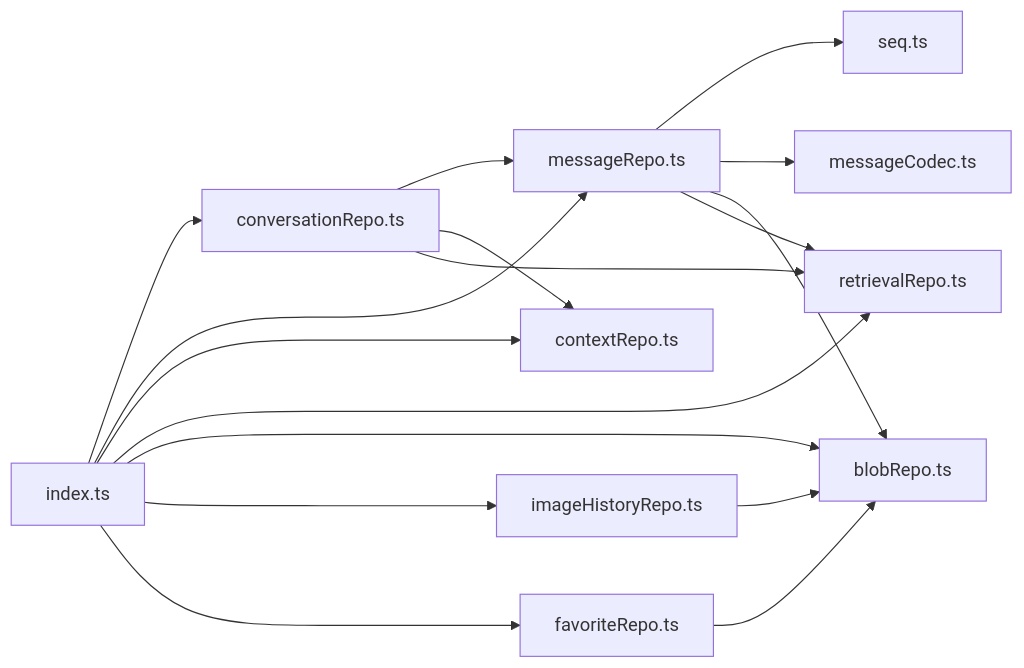
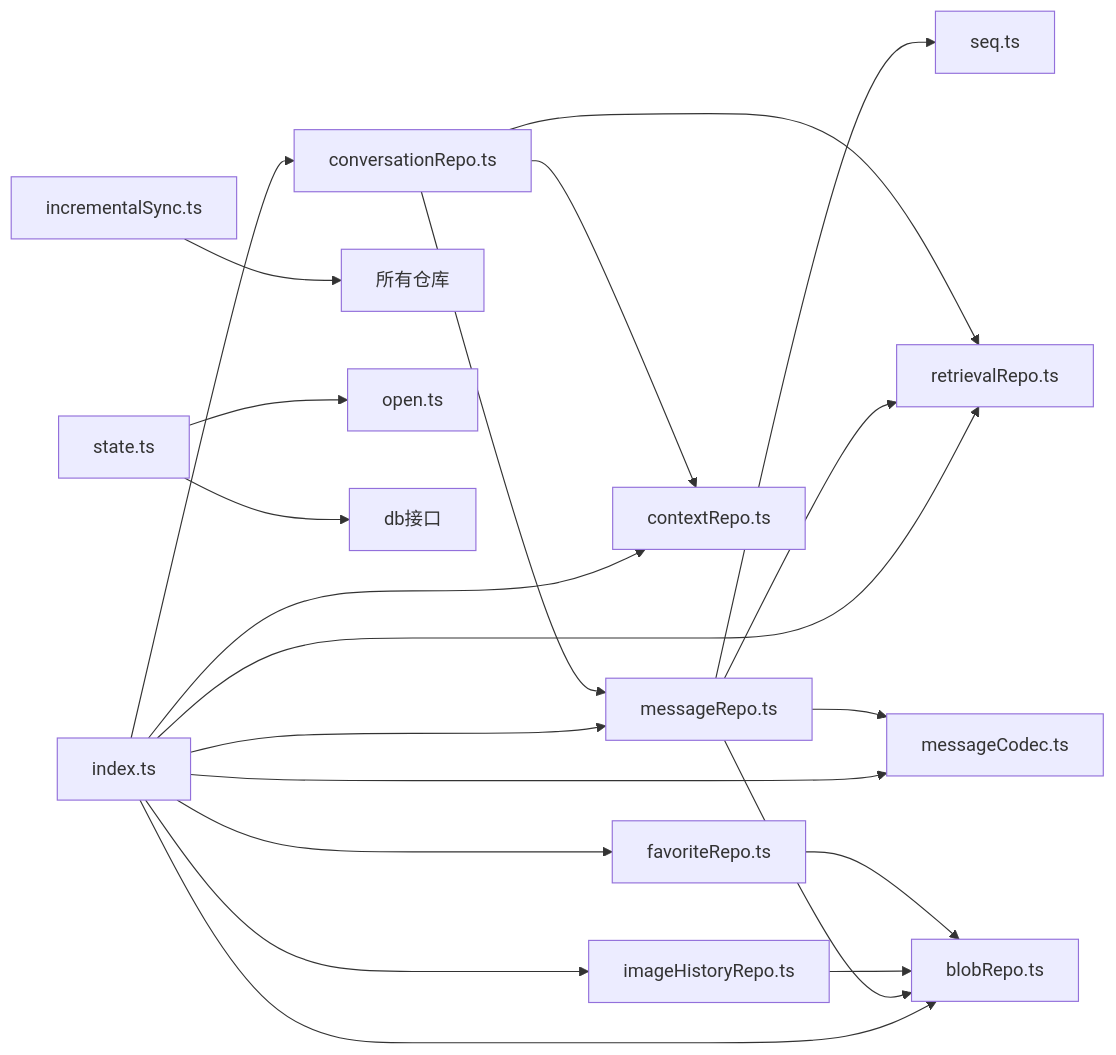
The tenth of 11 diagrams in .qoder/repowiki/zh/content/数据持久化/数据库层/数据库层.md (billye220670/AIShop), drawn with Mermaid before and after one commit. The commit also changed other lines of this file and 42 other files, not shown here.

````diff
--- a/.qoder/repowiki/zh/content/数据持久化/数据库层/数据库层.md
+++ b/.qoder/repowiki/zh/content/数据持久化/数据库层/数据库层.md
@@ -320,19 +425,23 @@
 ```mermaid
 graph LR
 Index["index.ts"] --> Conv["conversationRepo.ts"]
 Index --> Msg["messageRepo.ts"]
 Index --> Ctx["contextRepo.ts"]
 Index --> Ret["retrievalRepo.ts"]
 Index --> Blob["blobRepo.ts"]
 Index --> Img["imageHistoryRepo.ts"]
 Index --> Fav["favoriteRepo.ts"]
+Index --> Codec["messageCodec.ts"]
 Msg --> Seq["seq.ts"]
-Msg --> Codec["messageCodec.ts"]
+Msg --> Codec
 Msg --> Blob
 Msg --> Ret
 Conv --> Msg
 Conv --> Ctx
 Conv --> Ret
 Img --> Blob
 Fav --> Blob
+Sync["incrementalSync.ts"] --> All["所有仓库"]
+State["state.ts"] --> Open["open.ts"]
+State --> Db["db接口"]
 ```
````
